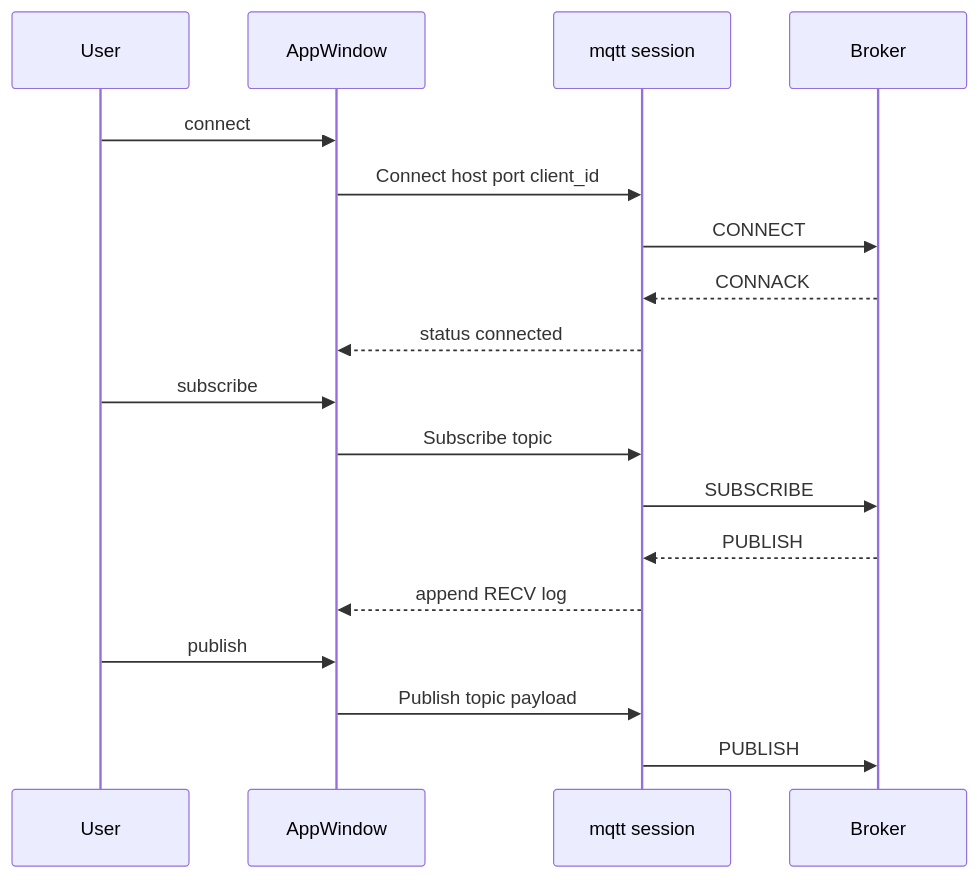
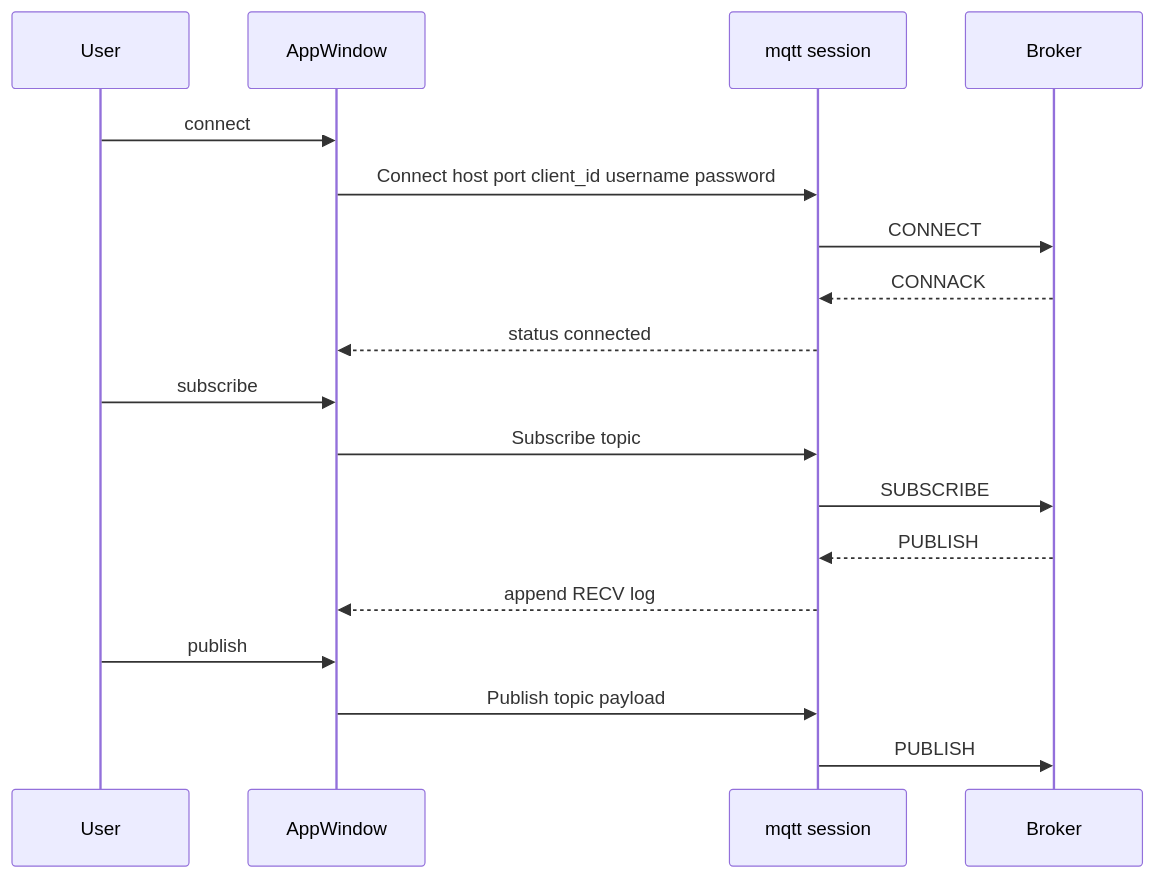
The diagram in .monkeycode/specs/mqtt-debug-client/design.md (GordonWen/mqttc), drawn with Mermaid before and after one commit. The commit also changed other lines of this file and 7 other files, not shown here.

First line of the commit message:
feat: add optional MQTT username and password authentication

````diff
--- a/.monkeycode/specs/mqtt-debug-client/design.md
+++ b/.monkeycode/specs/mqtt-debug-client/design.md
@@ -12,20 +12,20 @@
 ```mermaid
 sequenceDiagram
     participant U as User
     participant W as AppWindow
     participant S as mqtt session
     participant B as Broker
     U->>W: connect
-    W->>S: Connect host port client_id
+    W->>S: Connect host port client_id username password
     S->>B: CONNECT
     B-->>S: CONNACK
     S-->>W: status connected
     U->>W: subscribe
     W->>S: Subscribe topic
     S->>B: SUBSCRIBE
     B-->>S: PUBLISH
     S-->>W: append RECV log
     U->>W: publish
     W->>S: Publish topic payload
     S->>B: PUBLISH
 ```
````
